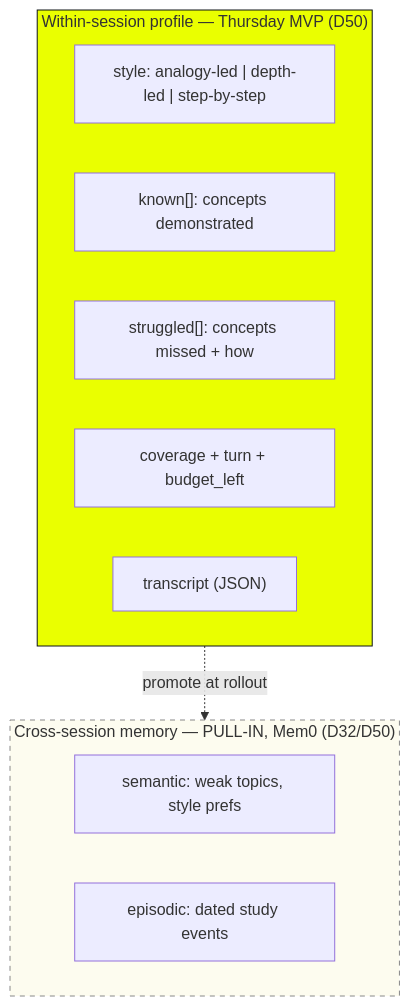
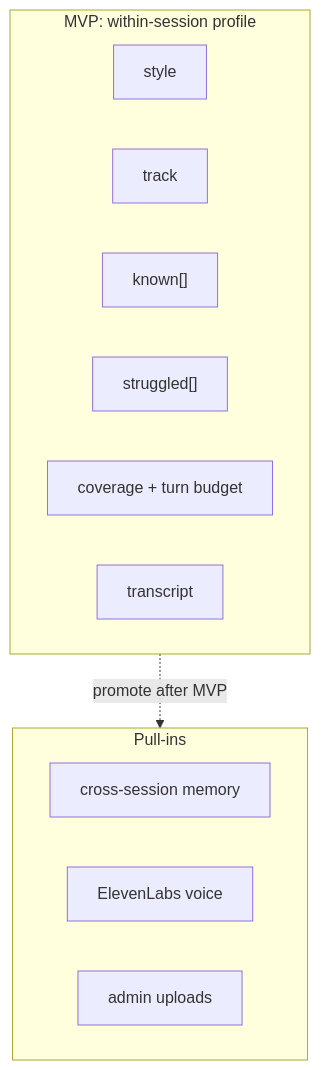
The fifth of 7 diagrams in docs/architecture-diagrams.md (manjunath84/genacademy-coach), drawn with Mermaid before and after one commit. The commit also changed other lines of this file and 13 other files, not shown here.

````diff
--- a/docs/architecture-diagrams.md
+++ b/docs/architecture-diagrams.md
@@ -209,18 +153,19 @@
 ```mermaid
 flowchart TD
-    subgraph Session["Within-session profile — Thursday MVP (D50)"]
-        s1["style: analogy-led | depth-led | step-by-step"]
-        s2["known[]: concepts demonstrated"]
-        s3["struggled[]: concepts missed + how"]
-        s4["coverage + turn + budget_left"]
-        s5["transcript (JSON)"]
+    subgraph Session["MVP: within-session profile"]
+        Style["style"]
+        Track["track"]
+        Known["known[]"]
+        Struggled["struggled[]"]
+        Coverage["coverage + turn budget"]
+        Transcript["transcript"]
     end
-    subgraph Cross["Cross-session memory — PULL-IN, Mem0 (D32/D50)"]
-        c1["semantic: weak topics, style prefs"]
-        c2["episodic: dated study events"]
+
+    subgraph Later["Pull-ins"]
+        Mem0["cross-session memory"]
+        Voice["ElevenLabs voice"]
+        Admin["admin uploads"]
     end
-    Session -. promote at rollout .-> Cross
 
-    style Session fill:#EAFF00,stroke:#0F1419
-    style Cross fill:#FDFCEF,stroke:#888,stroke-dasharray: 5 5
+    Session -. promote after MVP .-> Later
 ```
````
